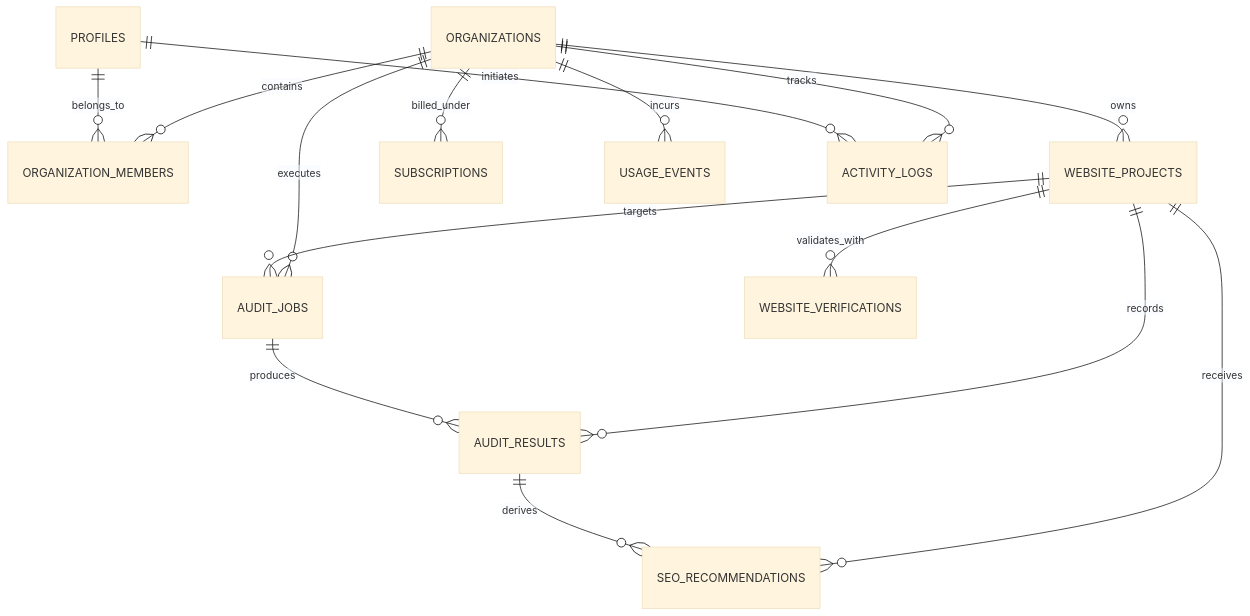
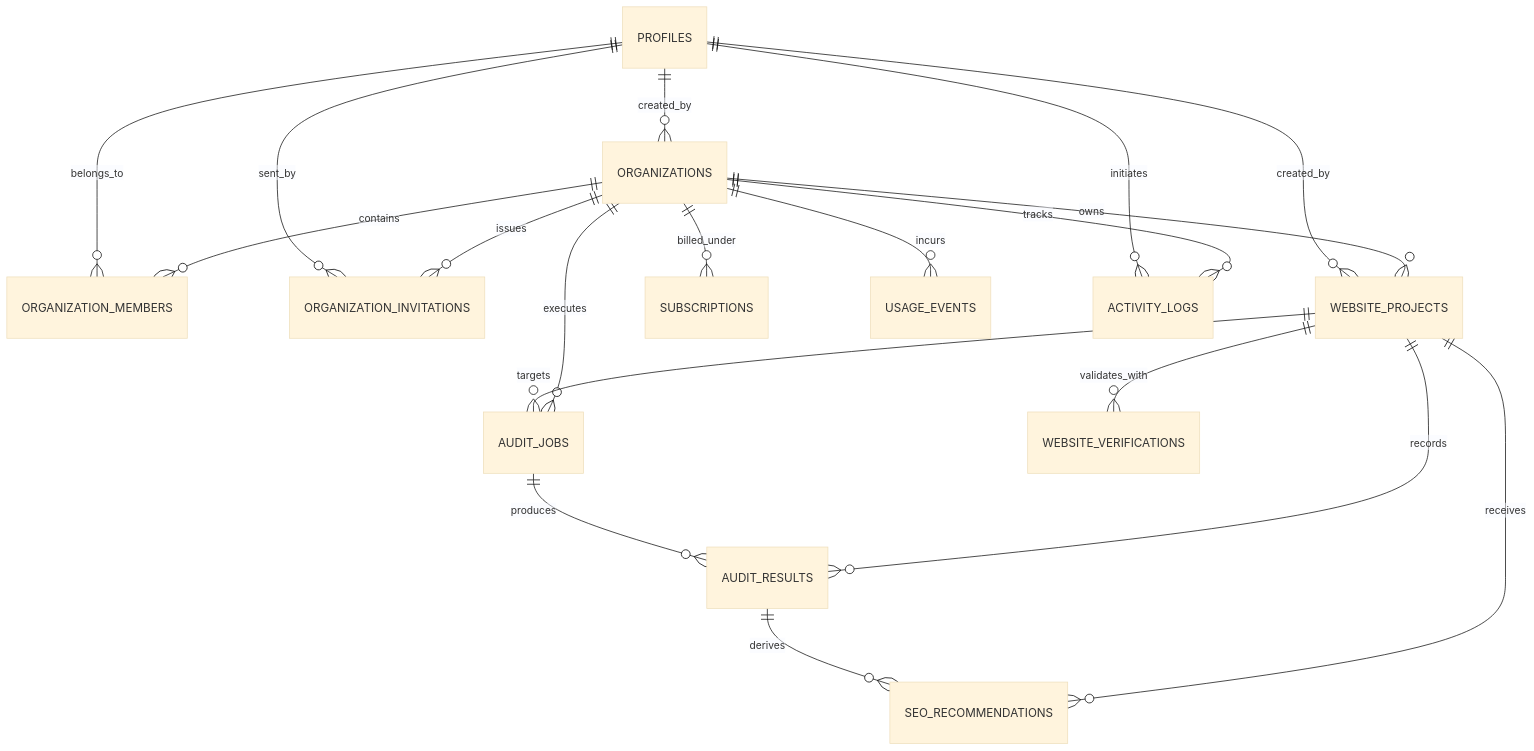
The diagram in docs/DATABASE.md (BULLET-USMAN/rankforge-ai), drawn with Mermaid (base theme) before and after one commit. The commit also changed other lines of this file and 65 other files, not shown here.

````diff
--- a/docs/DATABASE.md
+++ b/docs/DATABASE.md
@@ -10,20 +10,24 @@
 ```mermaid
 erDiagram
     ORGANIZATIONS ||--o{ ORGANIZATION_MEMBERS : contains
+    ORGANIZATIONS ||--o{ ORGANIZATION_INVITATIONS : issues
     ORGANIZATIONS ||--o{ WEBSITE_PROJECTS : owns
     ORGANIZATIONS ||--o{ AUDIT_JOBS : executes
     ORGANIZATIONS ||--o{ SUBSCRIPTIONS : billed_under
     ORGANIZATIONS ||--o{ USAGE_EVENTS : incurs
     ORGANIZATIONS ||--o{ ACTIVITY_LOGS : tracks
 
     PROFILES ||--o{ ORGANIZATION_MEMBERS : belongs_to
+    PROFILES ||--o{ ORGANIZATION_INVITATIONS : sent_by
     PROFILES ||--o{ ACTIVITY_LOGS : initiates
+    PROFILES ||--o{ ORGANIZATIONS : created_by
+    PROFILES ||--o{ WEBSITE_PROJECTS : created_by
 
     WEBSITE_PROJECTS ||--o{ WEBSITE_VERIFICATIONS : validates_with
     WEBSITE_PROJECTS ||--o{ AUDIT_JOBS : targets
     WEBSITE_PROJECTS ||--o{ AUDIT_RESULTS : records
     WEBSITE_PROJECTS ||--o{ SEO_RECOMMENDATIONS : receives
 
     AUDIT_JOBS ||--o{ AUDIT_RESULTS : produces
     AUDIT_RESULTS ||--o{ SEO_RECOMMENDATIONS : derives
 ```
````
